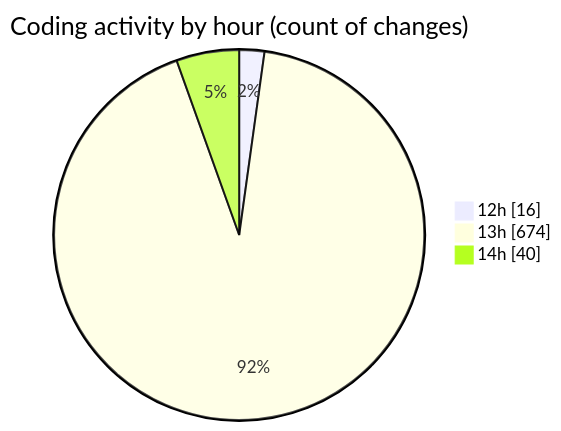
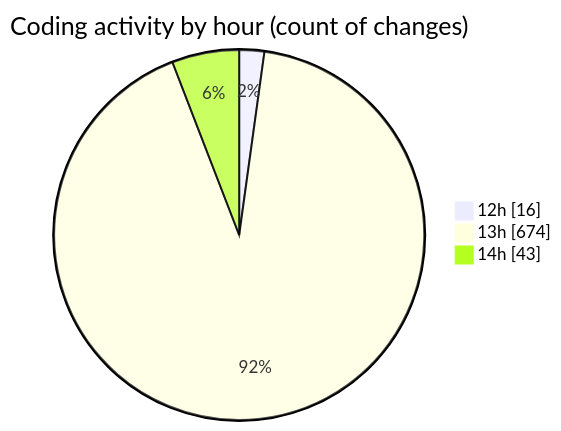
One commit to vahidmafi/code-tracking changed the second of 2 diagrams in 2025-09-16/www/README.md. Above: the diagram before and after it, drawn with Mermaid. The commit also changed other lines of this file and 1 other file, not shown here.

````diff
--- a/2025-09-16/www/README.md
+++ b/2025-09-16/www/README.md
@@ -330,7 +330,7 @@
 ```mermaid
 pie showData
 title Coding activity by hour (count of changes)
 "12h" : 16
 "13h" : 674
-"14h" : 40
+"14h" : 43
 ```
````
